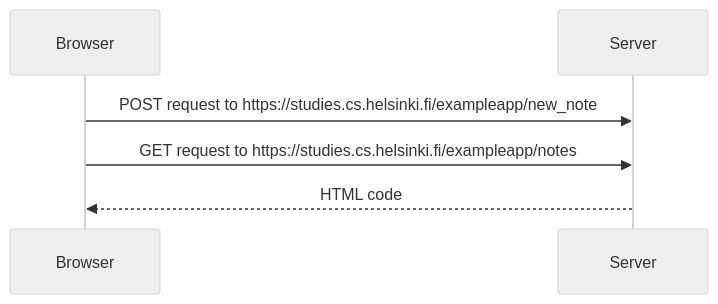
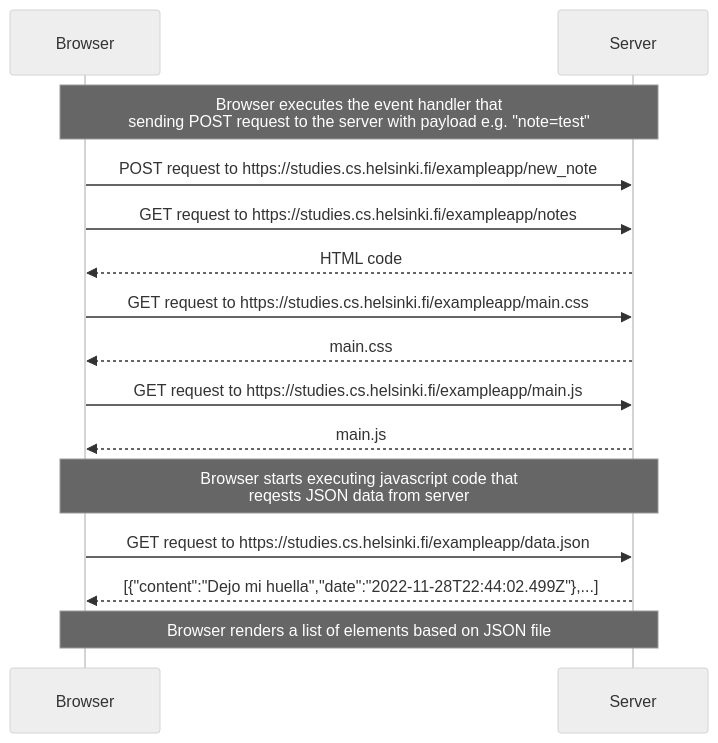
The diagram in part0/0.4-new-note.md (waldekglaz/full-stack-open), drawn with Mermaid (neutral theme) before and after one commit.

Commit message:
final 0.4

````diff
--- a/part0/0.4-new-note.md
+++ b/part0/0.4-new-note.md
@@ -1,6 +1,15 @@
 ```mermaid
     sequenceDiagram
+    Note over Browser, Server: Browser executes the event handler that<br> sending POST request to the server with payload e.g. "note=test"
     Browser->>Server: POST request to https://studies.cs.helsinki.fi/exampleapp/new_note
     Browser->>Server: GET request to https://studies.cs.helsinki.fi/exampleapp/notes
     Server-->>Browser: HTML code
+    Browser->>Server: GET request to https://studies.cs.helsinki.fi/exampleapp/main.css
+    Server-->>Browser: main.css
+    Browser->>Server: GET request to https://studies.cs.helsinki.fi/exampleapp/main.js
+    Server-->>Browser: main.js
+    Note over Browser, Server: Browser starts executing javascript code that<br> reqests JSON data from server
+    Browser->>Server: GET request to https://studies.cs.helsinki.fi/exampleapp/data.json
+    Server-->>Browser: [{"content":"Dejo mi huella","date":"2022-11-28T22:44:02.499Z"},...]
+    Note over Browser, Server: Browser renders a list of elements based on JSON file
 ```
````
